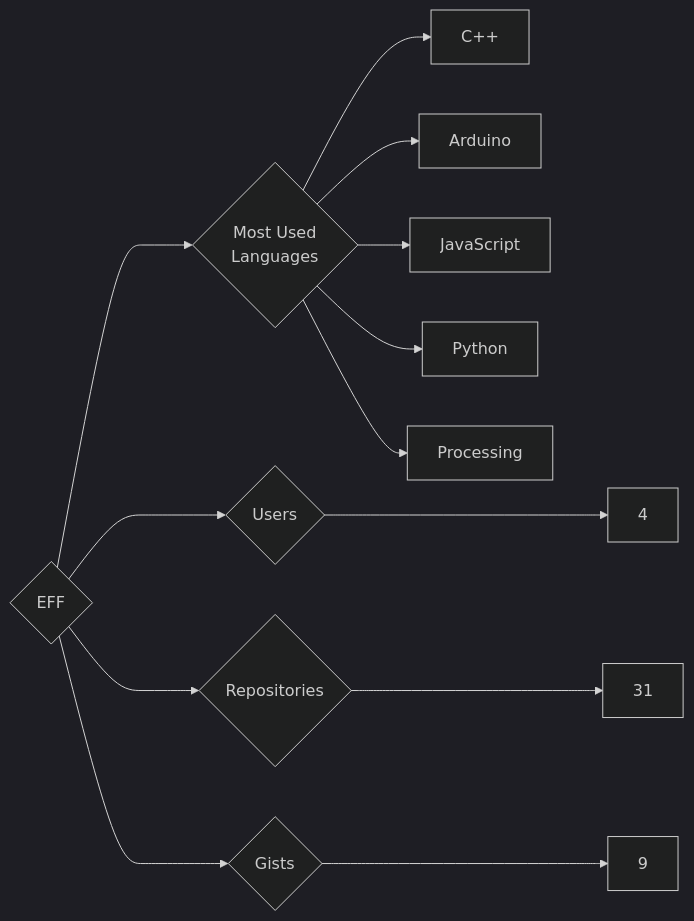
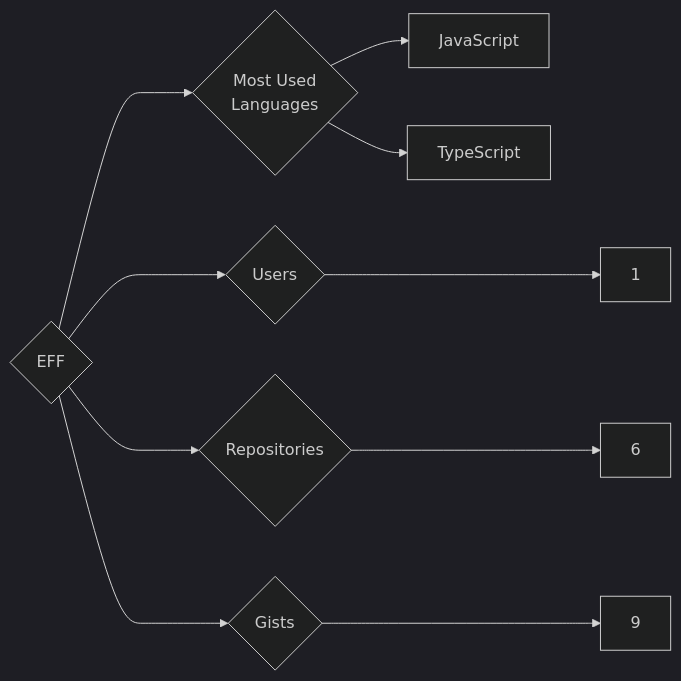
The diagram in targets/EFF/README.md (trickest/insiders), drawn with Mermaid (dark theme) before and after one commit. The commit also changed 1212 other files, not shown here.

````diff
--- a/targets/EFF/README.md
+++ b/targets/EFF/README.md
@@ -3,13 +3,10 @@
 ```mermaid
 graph LR
 COMPANY_NAME{EFF}
-COMPANY_NAME ---> U{Users} ---> UN[4]
-COMPANY_NAME ---> R{Repositories} ---> RN[31]
+COMPANY_NAME ---> U{Users} ---> UN[1]
+COMPANY_NAME ---> R{Repositories} ---> RN[6]
 COMPANY_NAME ---> G{Gists} ---> GN[9]
 COMPANY_NAME ---> ML{Most Used<br>Languages}
-ML --> C++[C++]
-ML --> Arduino[Arduino]
 ML --> JavaScript[JavaScript]
-ML --> Python[Python]
-ML --> Processing[Processing]
+ML --> TypeScript[TypeScript]
 ```
````
